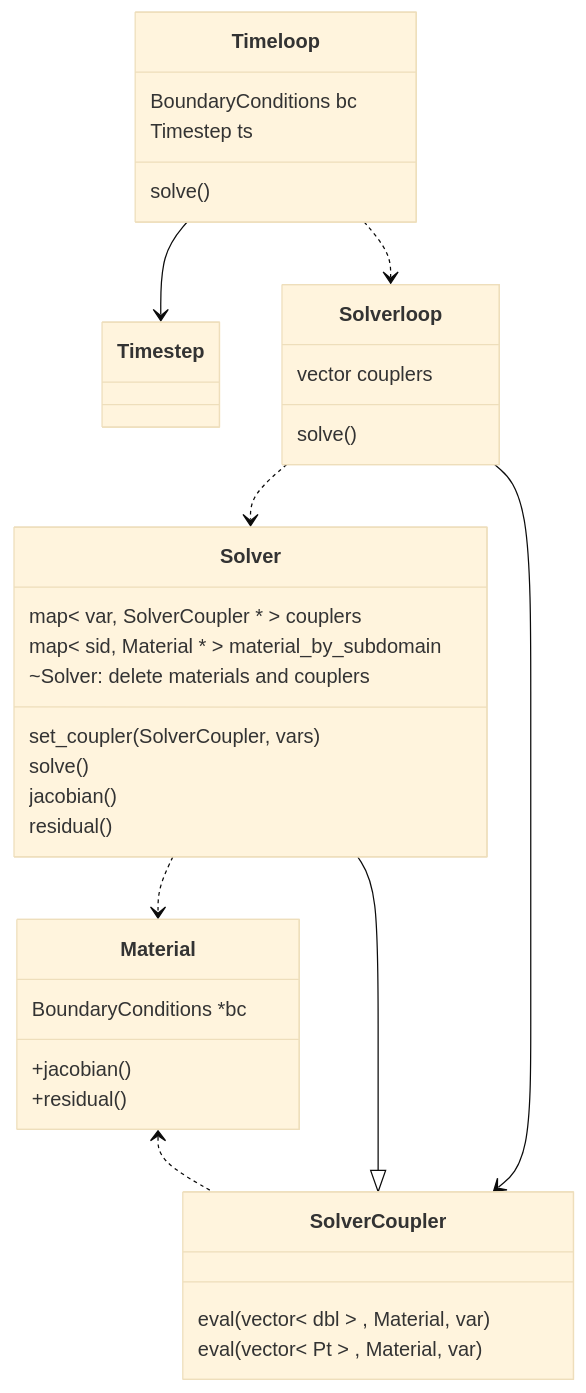
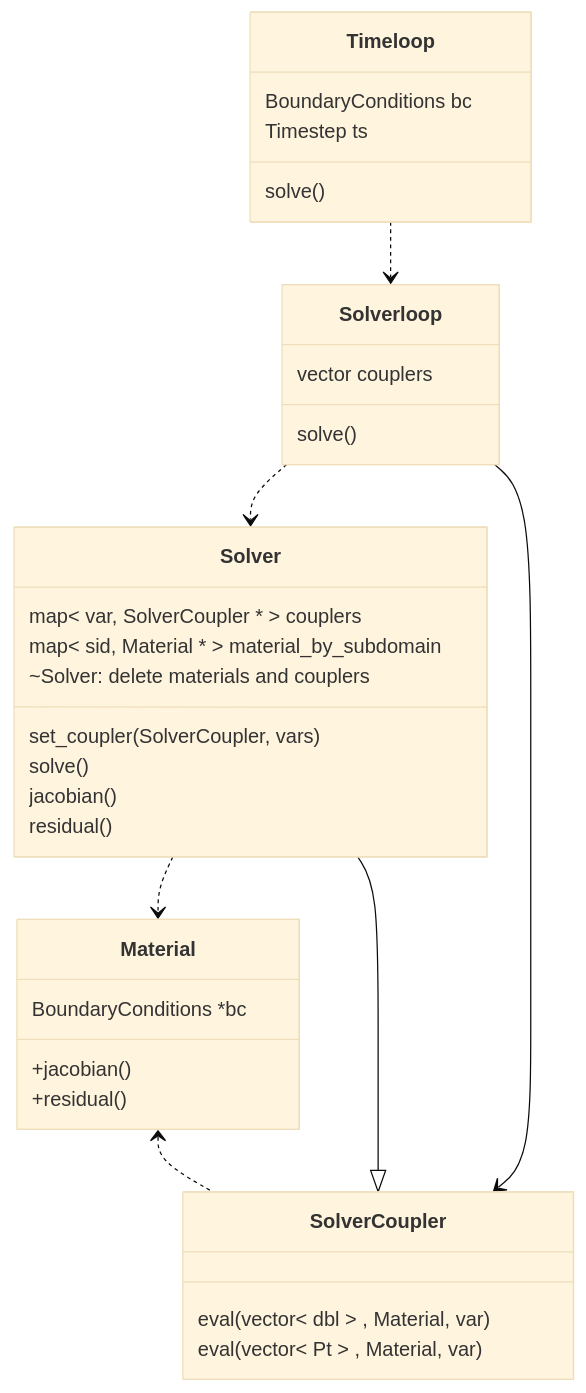
The first of 2 diagrams in doc/Description.md (rebpoli/harpy), drawn with Mermaid (base theme) before and after one commit.

````diff
--- a/doc/Description.md
+++ b/doc/Description.md
@@ -20,45 +20,44 @@
 ```mermaid
 %% Interfaces, abstract classes
 classDiagram
     class Timeloop { 
         BoundaryConditions bc
         Timestep ts
         solve()
     }
 
     class Solverloop {
         vector<SolverCoupler *> couplers
         solve()
     }
 
     class SolverCoupler {
         eval( vector< dbl > , Material, var )
         eval( vector< Pt >  , Material, var )
     }
 
     class Solver {
         map< var, SolverCoupler * > couplers
         map< sid, Material * > material_by_subdomain
         ~Solver: delete materials and couplers
         set_coupler(SolverCoupler, vars)
         solve()
         jacobian()
         residual()
     }
 
 
     class Material {
         BoundaryConditions *bc
         +jacobian()
         +residual()
     }
 
     SolverCoupler <|-- Solver
     Material <.. SolverCoupler
-    Timeloop --> Timestep
     Timeloop ..> Solverloop
     Solverloop ..> Solver
     Solverloop --> SolverCoupler
     Solver..> Material
 
 ```
````
